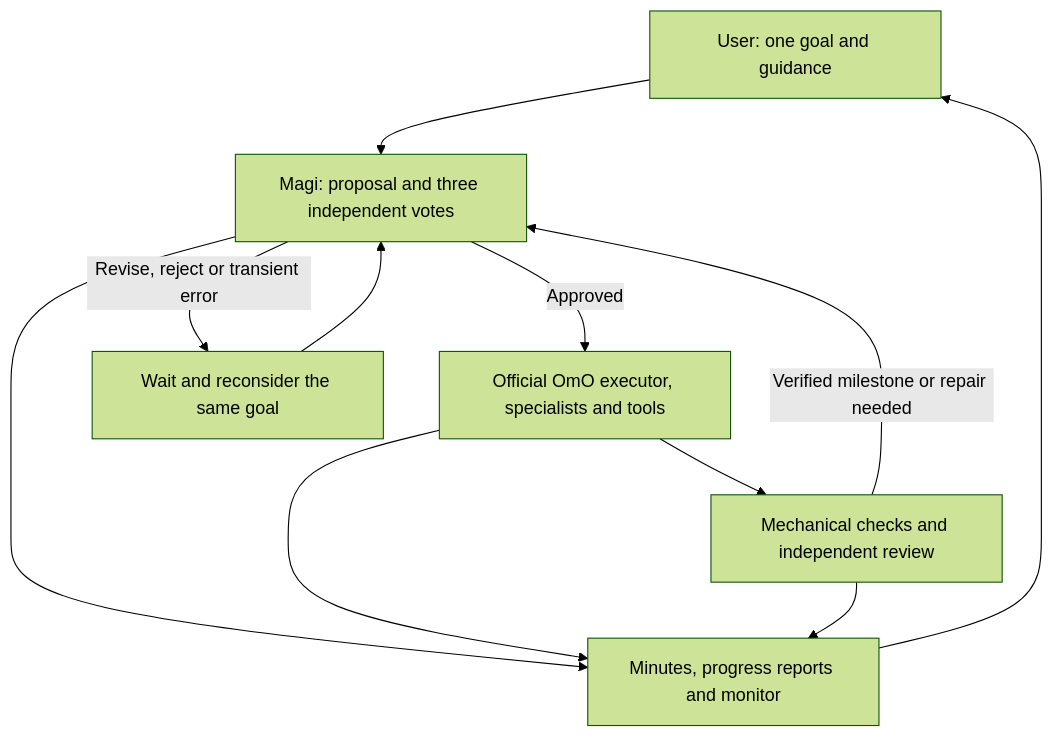
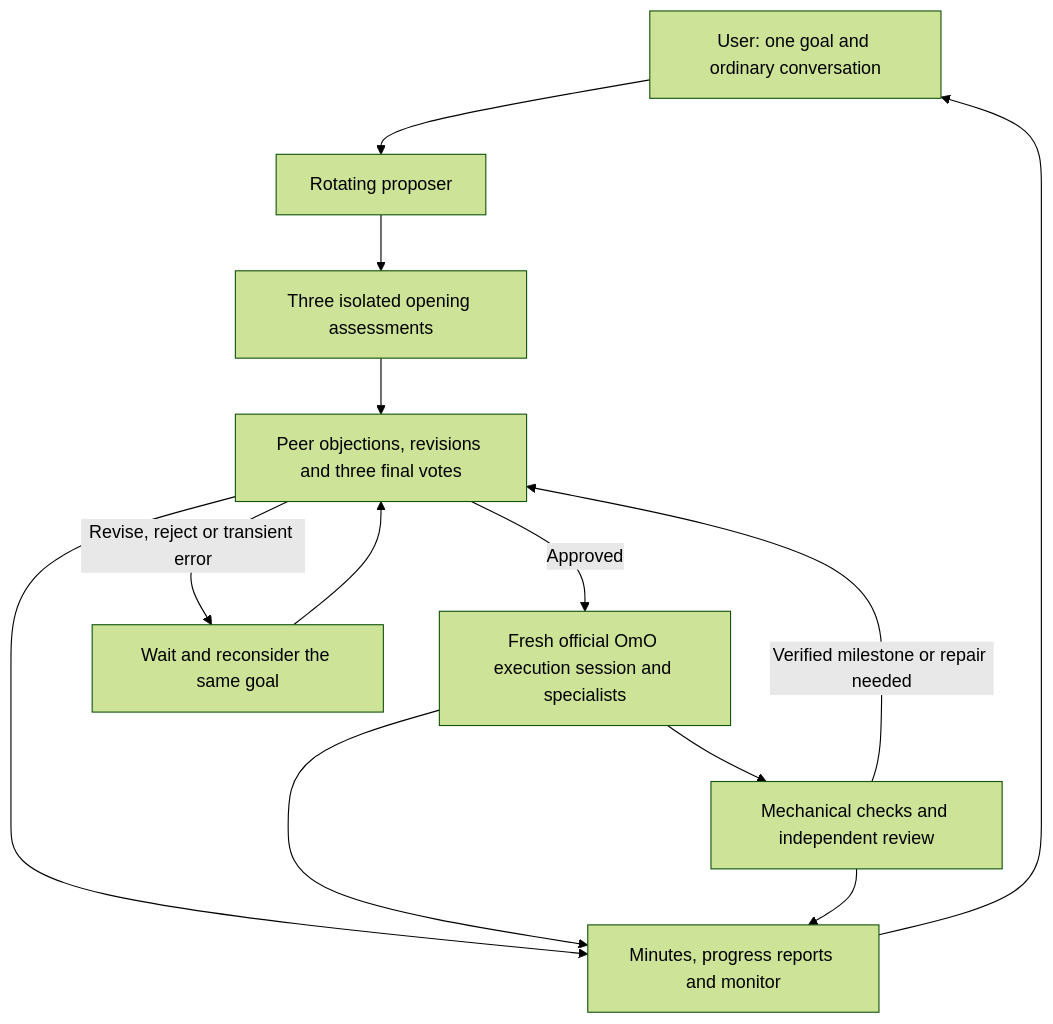
One commit to eljja/Magi changed the diagram in README.md. Above: the diagram before and after it, drawn with Mermaid (forest theme). The commit also changed other lines of this file and 33 other files, not shown here.

First line of the commit message:
Make Magi's three-identity council durable and isolate approved OmO execution

````diff
--- a/README.md
+++ b/README.md
@@ -82,13 +87,15 @@
 ```mermaid
 flowchart TD
-  User[User: one goal and guidance] --> Council[Magi: proposal and three independent votes]
-  Council -->|Approved| OmO[Official OmO executor, specialists and tools]
+  User[User: one goal and ordinary conversation] --> Proposal[Rotating proposer]
+  Proposal --> Opening[Three isolated opening assessments]
+  Opening --> Council[Peer objections, revisions and three final votes]
+  Council -->|Approved| OmO[Fresh official OmO execution session and specialists]
   OmO --> Verify[Mechanical checks and independent review]
   Verify -->|Verified milestone or repair needed| Council
   Council -->|Revise, reject or transient error| Retry[Wait and reconsider the same goal]
   Retry --> Council
   Council --> Records[Minutes, progress reports and monitor]
   OmO --> Records
   Verify --> Records
   Records --> User
 ```
````
